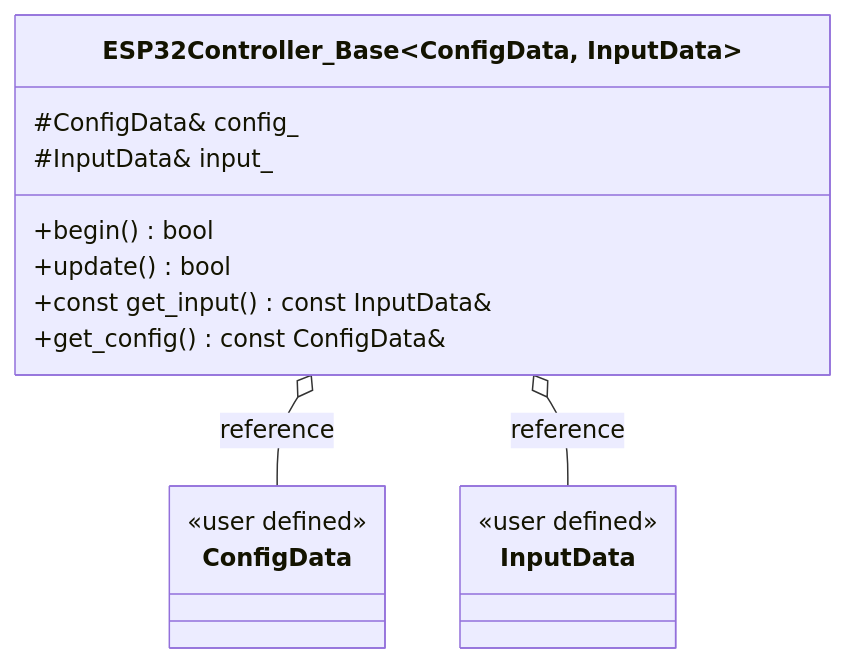
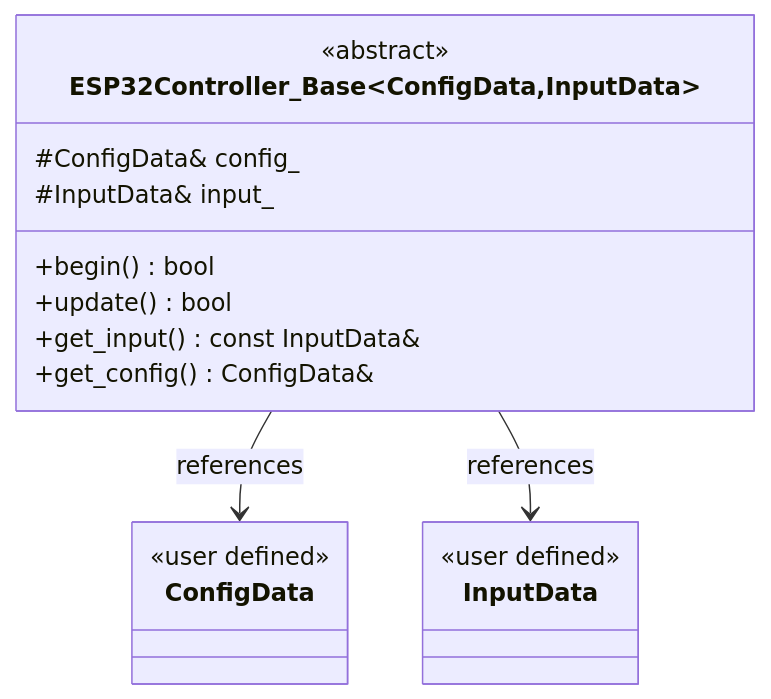
One commit to Tomoooji/esp32-controller changed the first of 2 diagrams in README.md. Above: the diagram before and after it, drawn with Mermaid. The commit also changed other lines of this file, not shown here.

Commit message:
docs: fix README mermaid class diagrams

````diff
--- a/README.md
+++ b/README.md
@@ -169,23 +169,23 @@
 ```mermaid
 classDiagram
-    class ESP32Controller_Base~ConfigData, InputData~ {
+    class ESP32Controller_Base~ConfigData,InputData~ {
+        <<abstract>>
         #ConfigData& config_
         #InputData& input_
-
         +begin() bool
         +update() bool
-        +const get_input() const InputData&
-        +get_config() const ConfigData&
+        +get_input() const InputData&
+        +get_config() ConfigData&
     }
 
     class ConfigData {
         <<user defined>>
     }
 
     class InputData {
         <<user defined>>
     }
 
-    ESP32Controller_Base o-- ConfigData : reference
-    ESP32Controller_Base o-- InputData : reference
+    ESP32Controller_Base --> ConfigData : references
+    ESP32Controller_Base --> InputData : references
 ```
````
